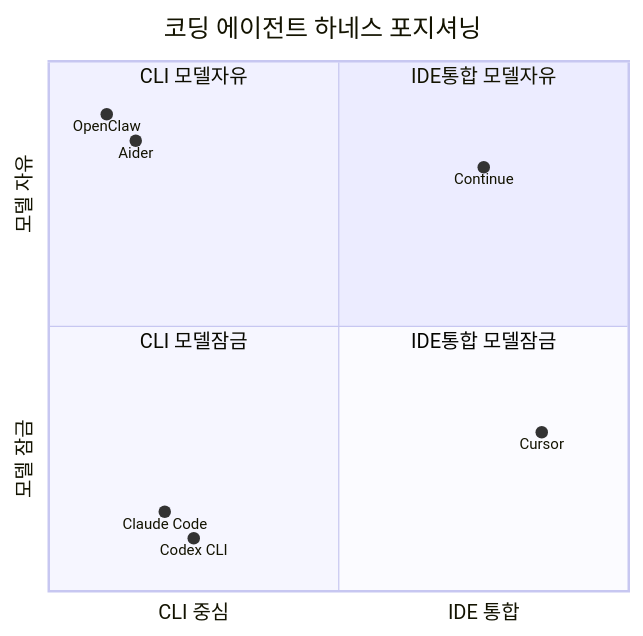
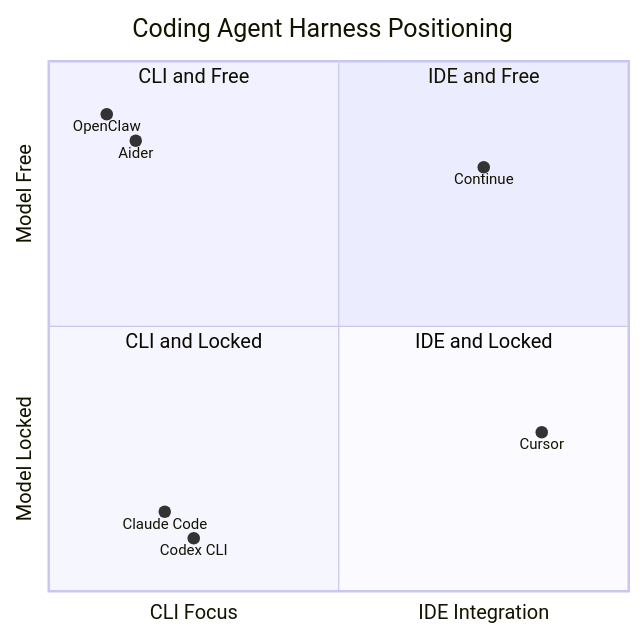
Before and after one commit to opobull/withintrend: the diagram in content/posts/2026-04-30-coding-agent-harness-comparison.md, drawn with Mermaid. The commit also changed 13 other files, not shown here.

Commit message:
Use English labels in Mermaid diagrams to avoid Korean parser issues

````diff
--- a/content/posts/2026-04-30-coding-agent-harness-comparison.md
+++ b/content/posts/2026-04-30-coding-agent-harness-comparison.md
@@ -24,16 +24,16 @@
 ```mermaid
 quadrantChart
-    title 코딩 에이전트 하네스 포지셔닝
-    x-axis CLI 중심 --> IDE 통합
-    y-axis 모델 잠금 --> 모델 자유
-    quadrant-1 IDE통합 모델자유
-    quadrant-2 CLI 모델자유
-    quadrant-3 CLI 모델잠금
-    quadrant-4 IDE통합 모델잠금
+    title Coding Agent Harness Positioning
+    x-axis CLI Focus --> IDE Integration
+    y-axis Model Locked --> Model Free
+    quadrant-1 IDE and Free
+    quadrant-2 CLI and Free
+    quadrant-3 CLI and Locked
+    quadrant-4 IDE and Locked
     Aider: [0.15, 0.85]
     OpenClaw: [0.10, 0.90]
     Continue: [0.75, 0.80]
     Cursor: [0.85, 0.30]
     Claude Code: [0.20, 0.15]
     Codex CLI: [0.25, 0.10]
 ```
````
